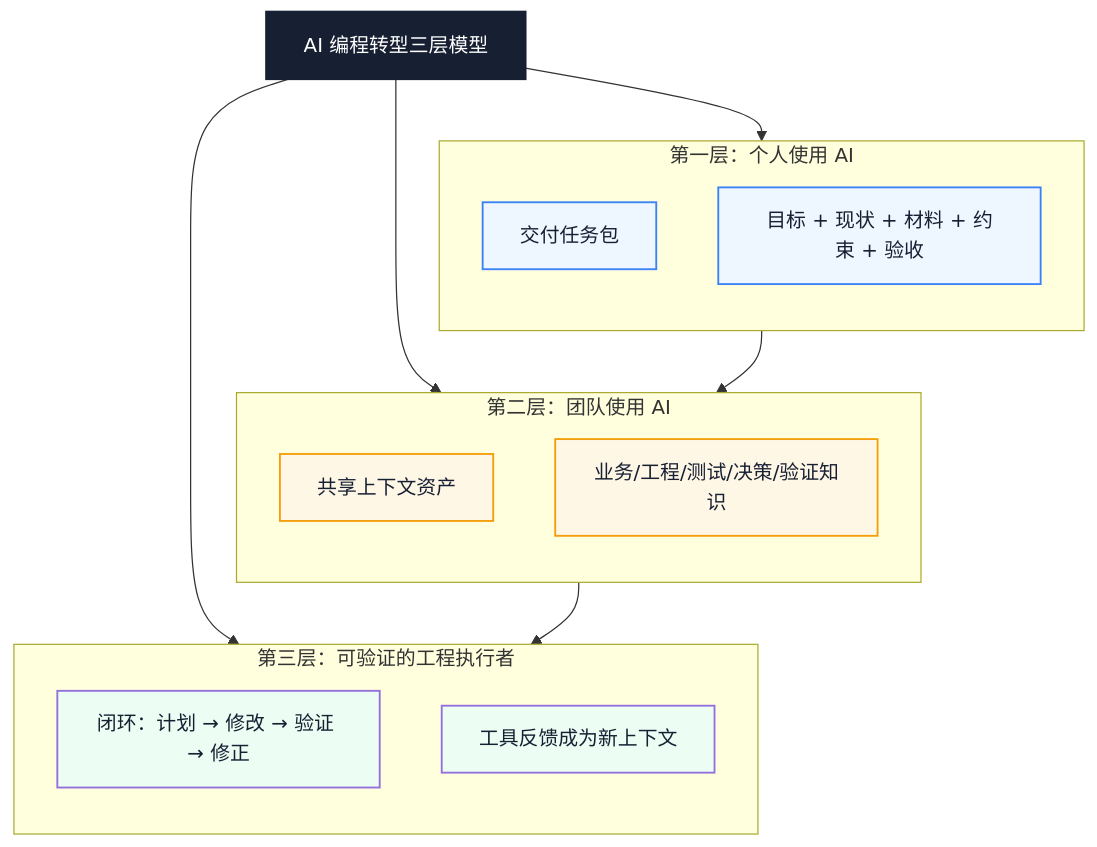
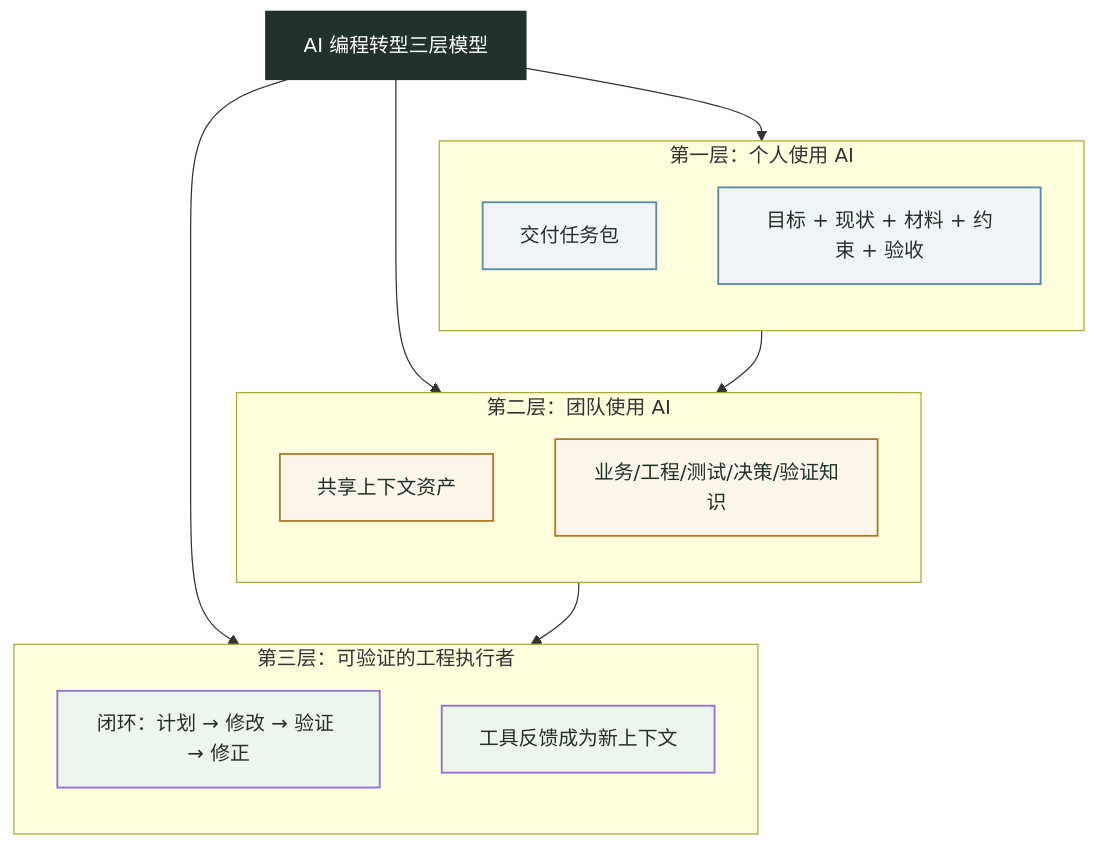
The second of 2 diagrams in docs/ai/understanding-context-in-ai-era.md (Fatejian/frontier-vault), drawn with Mermaid before and after one commit. The commit also changed other lines of this file and 63 other files, not shown here.

````diff
--- a/docs/ai/understanding-context-in-ai-era.md
+++ b/docs/ai/understanding-context-in-ai-era.md
@@ -461,39 +461,39 @@
 ```mermaid
 flowchart TB
     Core["AI 编程转型三层模型"]
 
     subgraph L1["第一层：个人使用 AI"]
         direction TB
         A1["交付任务包"]
         A2["目标 + 现状 + 材料 + 约束 + 验收"]
     end
 
     subgraph L2["第二层：团队使用 AI"]
         direction TB
         B1["共享上下文资产"]
         B2["业务/工程/测试/决策/验证知识"]
     end
 
     subgraph L3["第三层：可验证的工程执行者"]
         direction TB
         C1["闭环：计划 → 修改 → 验证 → 修正"]
         C2["工具反馈成为新上下文"]
     end
 
     Core --> L1
     Core --> L2
     Core --> L3
     L1 --> L2
     L2 --> L3
 
-    classDef core fill:#172033,color:#fff,stroke:#172033,stroke-width:2px;
-    classDef wait fill:#EEF6FF,stroke:#3B82F6,color:#172033,stroke-width:1.5px;
-    classDef block fill:#FFF7E6,stroke:#F59E0B,color:#172033,stroke-width:1.5px;
-    classDef work fill:#ECFDF3,color:#22C55E,color:#172033,stroke-width:1.5px;
-    classDef metric fill:#F5E8FF,color:#A855F7,color:#172033,stroke-width:2px;
+    classDef core fill:#22322B,color:#fff,stroke:#22322B,stroke-width:2px;
+    classDef wait fill:#EFF5F7,stroke:#5B8CA8,color:#22322B,stroke-width:1.5px;
+    classDef block fill:#FBF5EA,stroke:#B27B2C,color:#22322B,stroke-width:1.5px;
+    classDef work fill:#EDF5EF,color:#3E9B6B,color:#22322B,stroke-width:1.5px;
+    classDef metric fill:#F4EFF8,color:#8E6BA8,color:#22322B,stroke-width:2px;
 
     class Core core;
     class A1,A2 wait;
     class B1,B2 block;
     class C1,C2 work;
 ```
````
